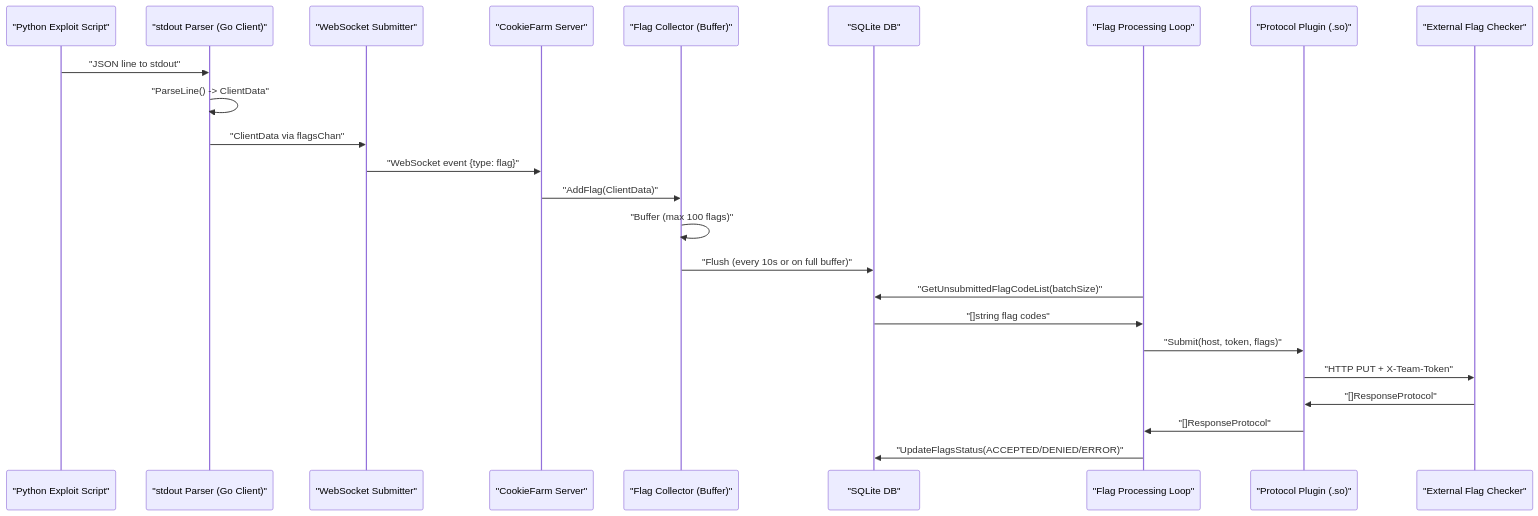
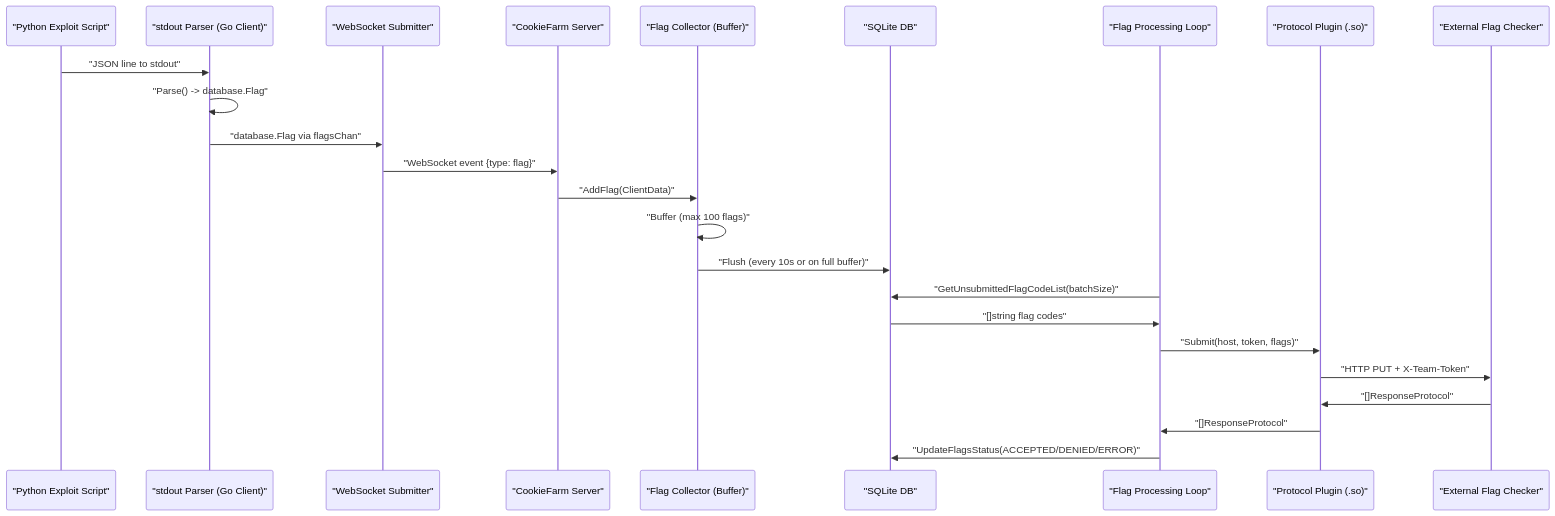
One commit to akiidjk/CookieFarm changed the second of 2 diagrams in docs/SystemUnderstanding.md. Above: the diagram before and after it, drawn with Mermaid. The commit also changed other lines of this file and 1 other file, not shown here.

````diff
--- a/docs/SystemUnderstanding.md
+++ b/docs/SystemUnderstanding.md
@@ -172,27 +188,27 @@
 ```mermaid
 sequenceDiagram
     participant PY as "Python Exploit Script"
     participant PARSER as "stdout Parser (Go Client)"
     participant WS as "WebSocket Submitter"
     participant SRV as "CookieFarm Server"
     participant COLL as "Flag Collector (Buffer)"
     participant DB as "SQLite DB"
     participant FLAG_LOOP as "Flag Processing Loop"
     participant PROTO as "Protocol Plugin (.so)"
     participant FC as "External Flag Checker"
 
     PY->>PARSER: "JSON line to stdout"
-    PARSER->>PARSER: "ParseLine() -> ClientData"
-    PARSER->>WS: "ClientData via flagsChan"
+    PARSER->>PARSER: "Parse() -> database.Flag"
+    PARSER->>WS: "database.Flag via flagsChan"
     WS->>SRV: "WebSocket event {type: flag}"
     SRV->>COLL: "AddFlag(ClientData)"
     COLL->>COLL: "Buffer (max 100 flags)"
     COLL->>DB: "Flush (every 10s or on full buffer)"
     FLAG_LOOP->>DB: "GetUnsubmittedFlagCodeList(batchSize)"
     DB->>FLAG_LOOP: "[]string flag codes"
     FLAG_LOOP->>PROTO: "Submit(host, token, flags)"
     PROTO->>FC: "HTTP PUT + X-Team-Token"
     FC->>PROTO: "[]ResponseProtocol"
     PROTO->>FLAG_LOOP: "[]ResponseProtocol"
     FLAG_LOOP->>DB: "UpdateFlagsStatus(ACCEPTED/DENIED/ERROR)"
 ```
````
